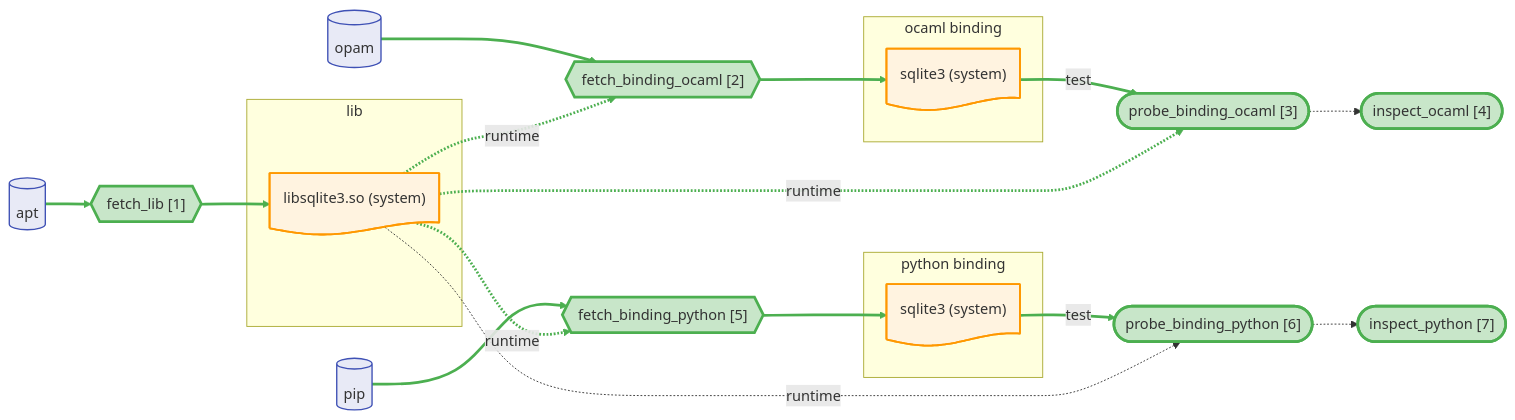
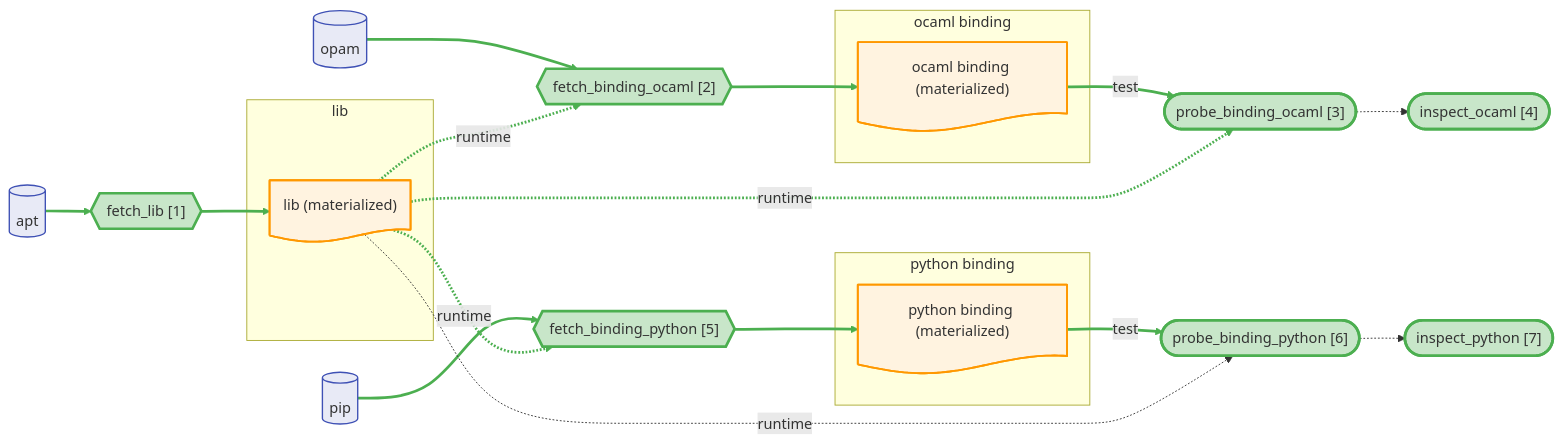
The diagram in docs/canary/projects/sqlite/-run/diagrams/full.mmd (JHU-PL-Lab/tola), drawn with Mermaid before and after one commit. The commit also changed 14 other files, not shown here.

```diff
--- a/docs/canary/projects/sqlite/-run/diagrams/full.mmd
+++ b/docs/canary/projects/sqlite/-run/diagrams/full.mmd
@@ -1,66 +1,66 @@
 %% view: full
 graph LR
     subgraph lib_sg ["lib"]
-      lib_node@{ shape: doc, label: "libsqlite3.so (system)" }
+      lib_node@{ shape: doc, label: "lib (materialized)" }
     end
     subgraph ocaml_binding_sg ["ocaml binding"]
-      ocaml_binding_node@{ shape: doc, label: "sqlite3 (system)" }
+      ocaml_binding_node@{ shape: doc, label: "ocaml binding (materialized)" }
     end
     subgraph python_binding_sg ["python binding"]
-      python_binding_node@{ shape: doc, label: "sqlite3 (system)" }
+      python_binding_node@{ shape: doc, label: "python binding (materialized)" }
     end
 
     apt_store@{ shape: cyl, label: "apt" }
     opam_store@{ shape: cyl, label: "opam" }
     pip_store@{ shape: cyl, label: "pip" }
 
     A_fetch_lib{{"fetch_lib [1]"}}
     A_fetch_binding_ocaml{{"fetch_binding_ocaml [2]"}}
     A_fetch_binding_python{{"fetch_binding_python [5]"}}
     A_probe_binding_ocaml(["probe_binding_ocaml [3]"])
     A_probe_binding_ocaml_inspect(["inspect_ocaml [4]"])
     A_probe_binding_python(["probe_binding_python [6]"])
     A_probe_binding_python_inspect(["inspect_python [7]"])
 
     apt_store --> A_fetch_lib --> lib_node
     opam_store --> A_fetch_binding_ocaml --> ocaml_binding_node
     lib_node -.->|runtime| A_fetch_binding_ocaml
     ocaml_binding_node -->|test| A_probe_binding_ocaml
     lib_node -.->|runtime| A_probe_binding_ocaml
     pip_store --> A_fetch_binding_python --> python_binding_node
     lib_node -.->|runtime| A_fetch_binding_python
     python_binding_node -->|test| A_probe_binding_python
     lib_node -.->|runtime| A_probe_binding_python
     A_probe_binding_ocaml -.-> A_probe_binding_ocaml_inspect
     A_probe_binding_python -.-> A_probe_binding_python_inspect
 
     classDef artifact fill:#fff3e0,stroke:#ff9800,stroke-width:2px
     classDef store fill:#e8eaf6,stroke:#3f51b5,stroke-width:1.5px
     classDef st_done fill:#c8e6c9,stroke:#4caf50,stroke-width:3px
     classDef st_done_ctx fill:#e8f5e9,stroke:#a5d6a7,stroke-width:1.5px
     classDef st_expected_fail fill:#fff9c4,stroke:#f9a825,stroke-width:2px
     classDef st_failed fill:#ffcdd2,stroke:#c62828,stroke-width:2px
     classDef st_skipped fill:#f5f5f5,stroke:#9e9e9e,stroke-dasharray:5
     classDef st_nospec fill:#fafafa,stroke:#bdbdbd,stroke-dasharray:5
     class lib_node,ocaml_binding_node,python_binding_node artifact
     class apt_store store
     class opam_store store
     class pip_store store
     class A_fetch_lib st_done
     class A_fetch_binding_ocaml st_done
     class A_probe_binding_ocaml st_done
     class A_probe_binding_ocaml_inspect st_done
     class A_fetch_binding_python st_done
     class A_probe_binding_python st_done
     class A_probe_binding_python_inspect st_done
     linkStyle 0 stroke:#4caf50,stroke-width:3px
     linkStyle 1 stroke:#4caf50,stroke-width:3px
     linkStyle 2 stroke:#4caf50,stroke-width:3px
     linkStyle 3 stroke:#4caf50,stroke-width:3px
     linkStyle 4 stroke:#4caf50,stroke-width:3px
     linkStyle 5 stroke:#4caf50,stroke-width:3px
     linkStyle 6 stroke:#4caf50,stroke-width:3px
     linkStyle 7 stroke:#4caf50,stroke-width:3px
     linkStyle 8 stroke:#4caf50,stroke-width:3px
     linkStyle 9 stroke:#4caf50,stroke-width:3px
     linkStyle 10 stroke:#4caf50,stroke-width:3px
```
